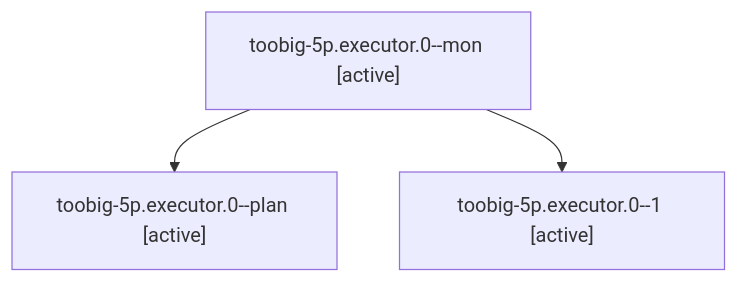
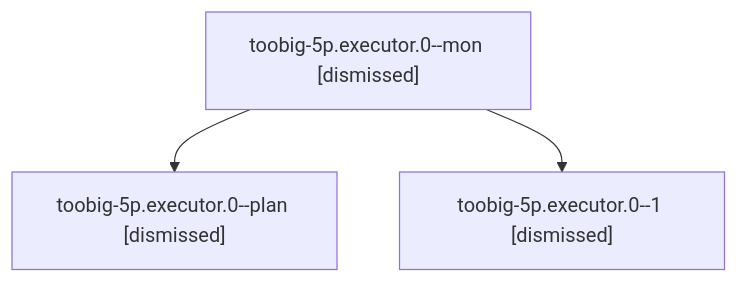
The diagram in sessions/bbugyi200.athena.toobig-5p.executor.0.md (sase-org/sase--agents), drawn with Mermaid before and after one commit. The commit also changed other lines of this file and 225 other files, not shown here.

````diff
--- a/sessions/bbugyi200.athena.toobig-5p.executor.0.md
+++ b/sessions/bbugyi200.athena.toobig-5p.executor.0.md
@@ -9,8 +9,8 @@
 ```mermaid
 flowchart TD
-  n0["toobig-5p.executor.0--mon [active]"]
-  n1["toobig-5p.executor.0--plan [active]"]
+  n0["toobig-5p.executor.0--mon [dismissed]"]
+  n1["toobig-5p.executor.0--plan [dismissed]"]
   n0 --> n1
-  n2["toobig-5p.executor.0--1 [active]"]
+  n2["toobig-5p.executor.0--1 [dismissed]"]
   n0 --> n2
 ```
````
